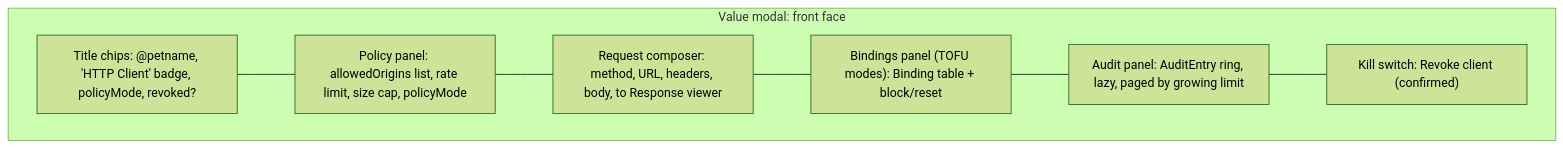
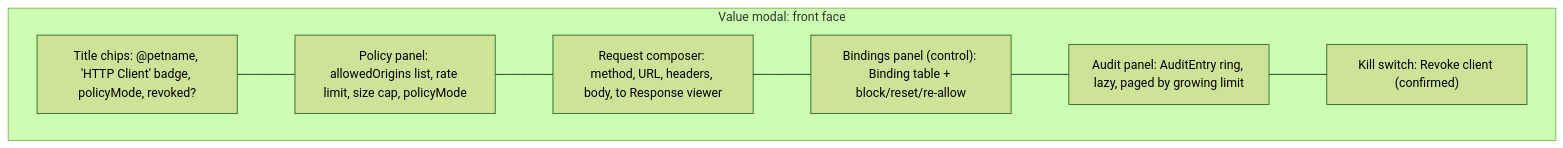
The second of 2 diagrams in designs/chat-http-controller-ui.md (endojs/endo-but-for-bots), drawn with Mermaid (forest theme) before and after one commit. The commit also changed other lines of this file and 1 other file, not shown here.

First line of the commit message:
design(chat-http-controller-ui): apply round-3 design-panel must-fix items

````diff
--- a/designs/chat-http-controller-ui.md
+++ b/designs/chat-http-controller-ui.md
@@ -354,12 +376,12 @@
 ```mermaid
 flowchart TD
   subgraph Modal["Value modal: front face"]
     H["Title chips: @petname, 'HTTP Client' badge, policyMode, revoked?"]
     P["Policy panel: allowedOrigins list, rate limit, size cap, policyMode"]
     RC["Request composer: method, URL, headers, body, to Response viewer"]
-    B["Bindings panel (TOFU modes): Binding table + block/reset"]
+    B["Bindings panel (control): Binding table + block/reset/re-allow"]
     A["Audit panel: AuditEntry ring, lazy, paged by growing limit"]
     K["Kill switch: Revoke client (confirmed)"]
   end
   H --- P --- RC --- B --- A --- K
 ```
````
